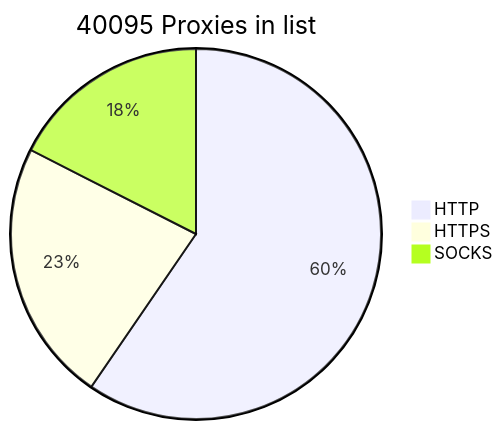
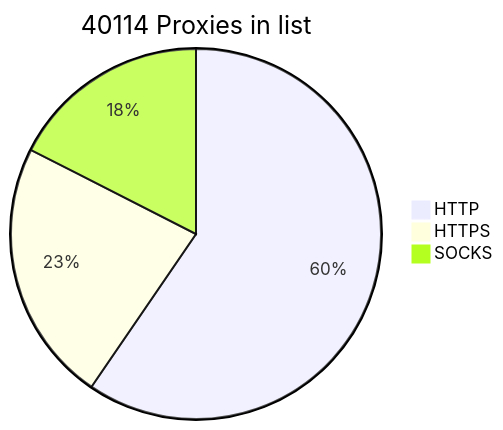
Before and after one commit to BlackSnowDot/proxylist-update-every-minute: the diagram in README.md, drawn with Mermaid.

````diff
--- a/README.md
+++ b/README.md
@@ -2,6 +2,6 @@
 ```mermaid
-pie title 40095 Proxies in list
-    "HTTP" : 28163
-    "HTTPS": 10840
+pie title 40114 Proxies in list
+    "HTTP" : 28171
+    "HTTPS": 10854
     "SOCKS" : 8283
 ```
````
